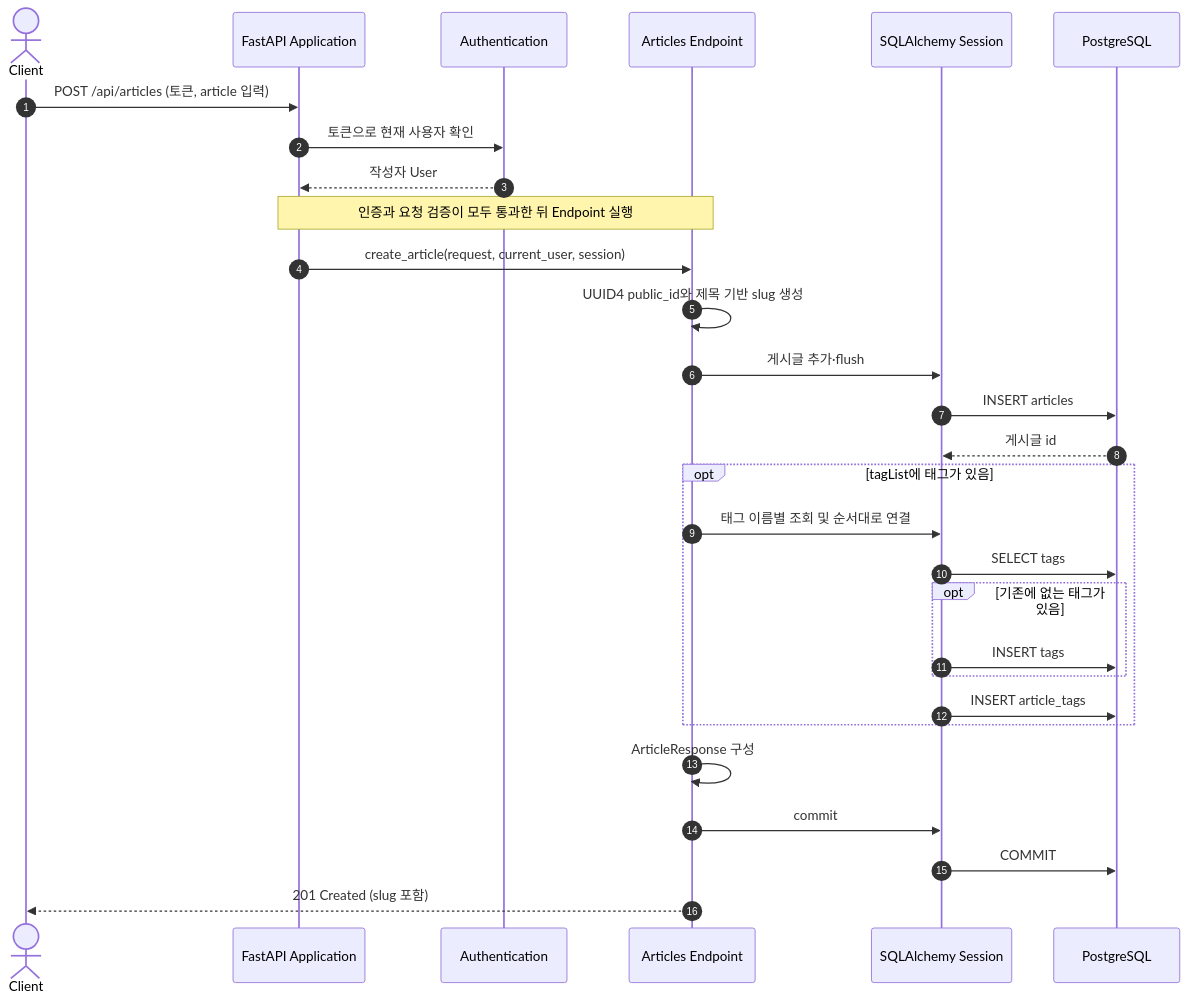
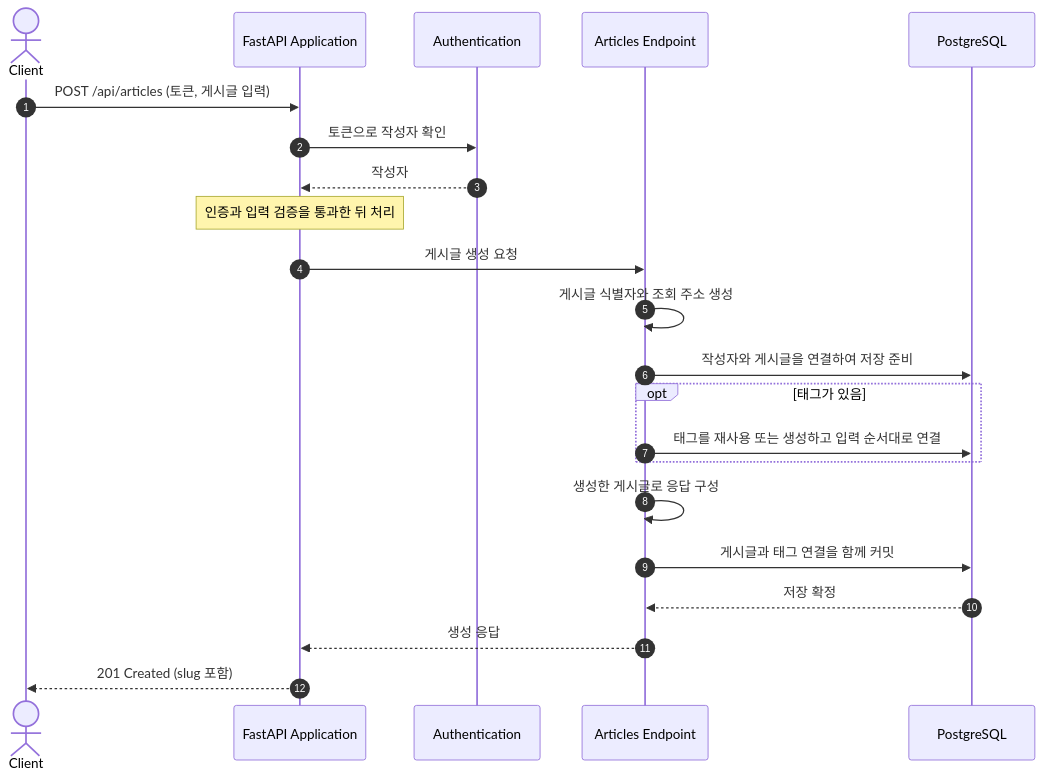
Before and after one commit to chahoseong/realworld-fastapi-backend: the first of 2 diagrams in docs/architecture/flows/article-creation-and-retrieval.md, drawn with Mermaid. The commit also changed other lines of this file and 11 other files, not shown here.

Commit message:
Refactor documentation for user flows: update component responsibilities, runtime views, and scenarios for comment, favorite, follow, public profile, user login, registration, retrieval, and update processes.

````diff
--- a/docs/architecture/flows/article-creation-and-retrieval.md
+++ b/docs/architecture/flows/article-creation-and-retrieval.md
@@ -21,32 +26,25 @@
 ```mermaid
 sequenceDiagram
     autonumber
     actor Client
     participant App as FastAPI Application
     participant Auth as Authentication
     participant Endpoint as Articles Endpoint
-    participant Session as SQLAlchemy Session
     participant DB as PostgreSQL
 
-    Client->>App: POST /api/articles (토큰, article 입력)
-    App->>Auth: 토큰으로 현재 사용자 확인
-    Auth-->>App: 작성자 User
-    Note over App,Endpoint: 인증과 요청 검증이 모두 통과한 뒤 Endpoint 실행
-    App->>Endpoint: create_article(request, current_user, session)
-    Endpoint->>Endpoint: UUID4 public_id와 제목 기반 slug 생성
-    Endpoint->>Session: 게시글 추가·flush
-    Session->>DB: INSERT articles
-    DB-->>Session: 게시글 id
-    opt tagList에 태그가 있음
-        Endpoint->>Session: 태그 이름별 조회 및 순서대로 연결
-        Session->>DB: SELECT tags
-        opt 기존에 없는 태그가 있음
-            Session->>DB: INSERT tags
-        end
-        Session->>DB: INSERT article_tags
+    Client->>App: POST /api/articles (토큰, 게시글 입력)
+    App->>Auth: 토큰으로 작성자 확인
+    Auth-->>App: 작성자
+    Note over App: 인증과 입력 검증을 통과한 뒤 처리
+    App->>Endpoint: 게시글 생성 요청
+    Endpoint->>Endpoint: 게시글 식별자와 조회 주소 생성
+    Endpoint->>DB: 작성자와 게시글을 연결하여 저장 준비
+    opt 태그가 있음
+        Endpoint->>DB: 태그를 재사용 또는 생성하고 입력 순서대로 연결
     end
-    Endpoint->>Endpoint: ArticleResponse 구성
-    Endpoint->>Session: commit
-    Session->>DB: COMMIT
-    Endpoint-->>Client: 201 Created (slug 포함)
+    Endpoint->>Endpoint: 생성한 게시글로 응답 구성
+    Endpoint->>DB: 게시글과 태그 연결을 함께 커밋
+    DB-->>Endpoint: 저장 확정
+    Endpoint-->>App: 생성 응답
+    App-->>Client: 201 Created (slug 포함)
 ```
````
